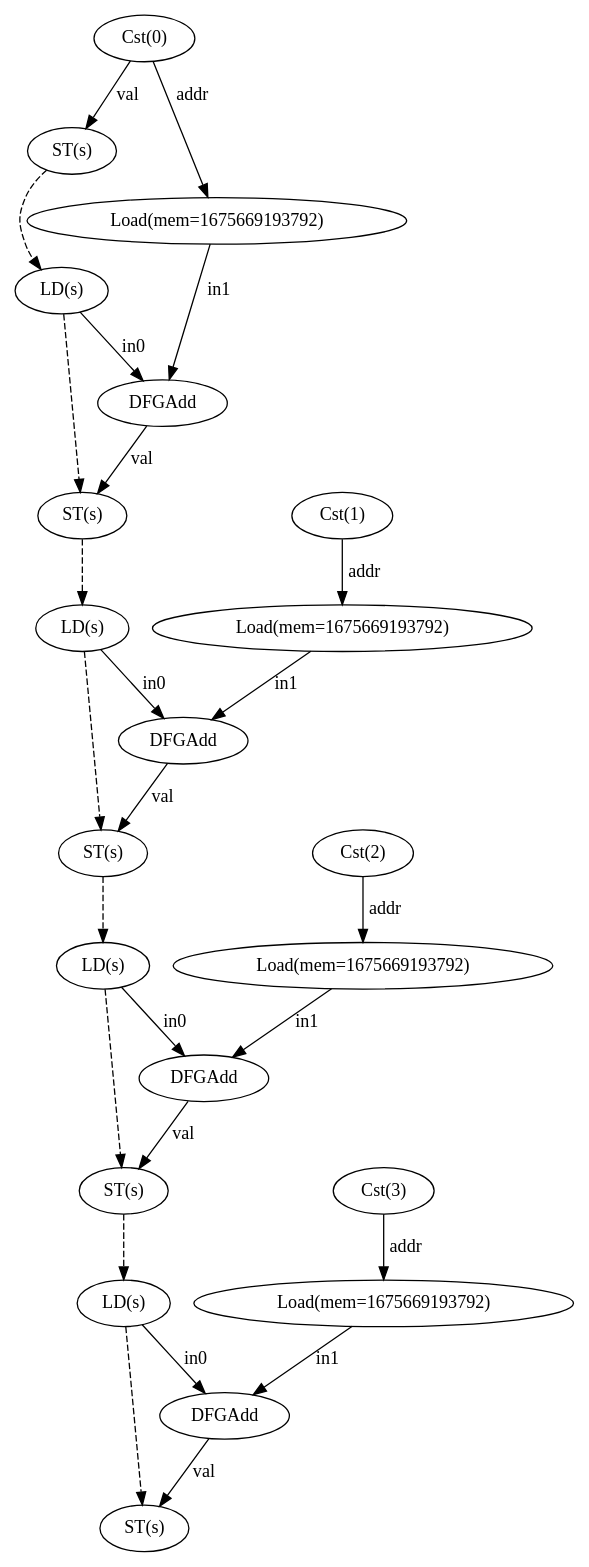
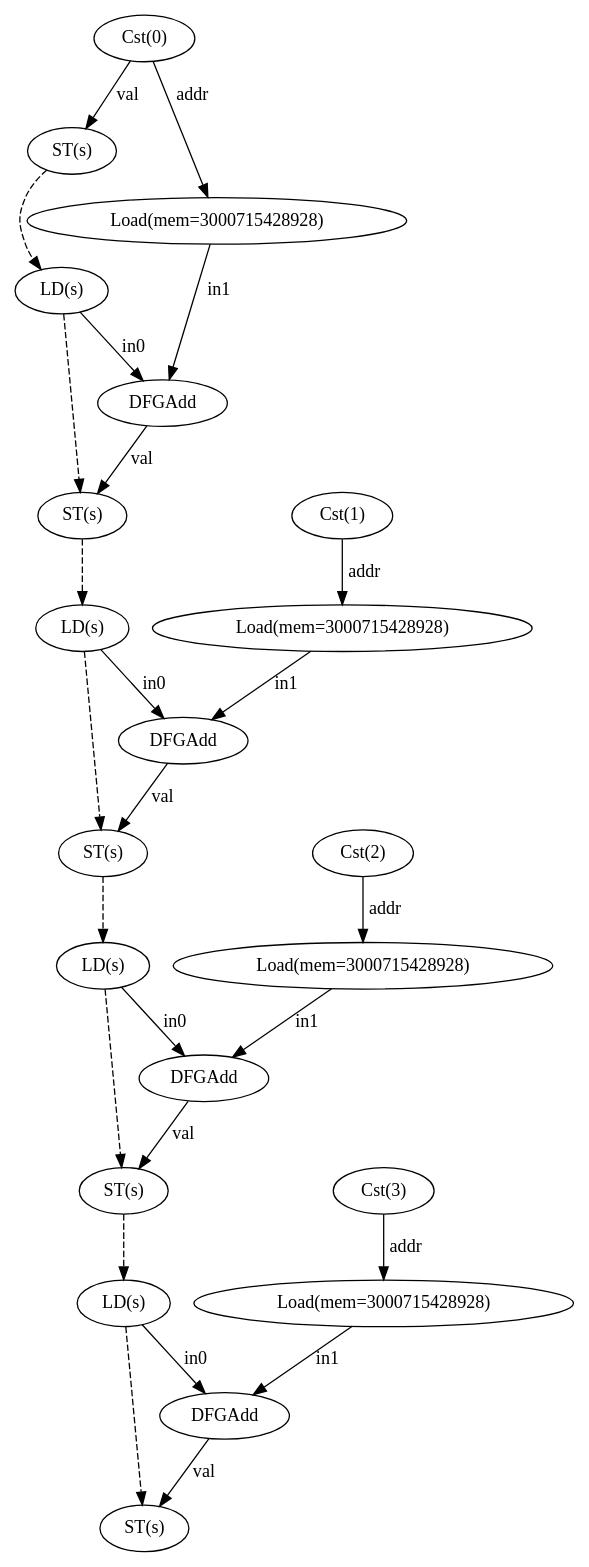
One commit to ma-carrillo/High-level-synthesis-assignment changed the diagram in test12/dfg.dot. Above: the diagram before and after it, drawn with Graphviz. The commit also changed 6 other files, not shown here.

```diff
--- a/test12/dfg.dot
+++ b/test12/dfg.dot
@@ -1,48 +1,48 @@
 digraph "dfg" {
   n0 [label="Cst(0)"];
   n1 [label="ST(s)"];
   n2 [label="LD(s)"];
-  n3 [label="Load(mem=1675669193792)"];
+  n3 [label="Load(mem=3000715428928)"];
   n4 [label="DFGAdd"];
   n5 [label="ST(s)"];
   n6 [label="LD(s)"];
   n7 [label="Cst(1)"];
-  n8 [label="Load(mem=1675669193792)"];
+  n8 [label="Load(mem=3000715428928)"];
   n9 [label="DFGAdd"];
   n10 [label="ST(s)"];
   n11 [label="LD(s)"];
   n12 [label="Cst(2)"];
-  n13 [label="Load(mem=1675669193792)"];
+  n13 [label="Load(mem=3000715428928)"];
   n14 [label="DFGAdd"];
   n15 [label="ST(s)"];
   n16 [label="LD(s)"];
   n17 [label="Cst(3)"];
-  n18 [label="Load(mem=1675669193792)"];
+  n18 [label="Load(mem=3000715428928)"];
   n19 [label="DFGAdd"];
   n20 [label="ST(s)"];
   n0 -> n1 [label="val"];
   n0 -> n3 [label="addr"];
   n1 -> n2 [style="dashed"];
   n2 -> n4 [label="in0"];
   n2 -> n5 [style="dashed"];
   n3 -> n4 [label="in1"];
   n4 -> n5 [label="val"];
   n5 -> n6 [style="dashed"];
   n6 -> n9 [label="in0"];
   n6 -> n10 [style="dashed"];
   n7 -> n8 [label="addr"];
   n8 -> n9 [label="in1"];
   n9 -> n10 [label="val"];
   n10 -> n11 [style="dashed"];
   n11 -> n14 [label="in0"];
   n11 -> n15 [style="dashed"];
   n12 -> n13 [label="addr"];
   n13 -> n14 [label="in1"];
   n14 -> n15 [label="val"];
   n15 -> n16 [style="dashed"];
   n16 -> n19 [label="in0"];
   n16 -> n20 [style="dashed"];
   n17 -> n18 [label="addr"];
   n18 -> n19 [label="in1"];
   n19 -> n20 [label="val"];
 }
```
